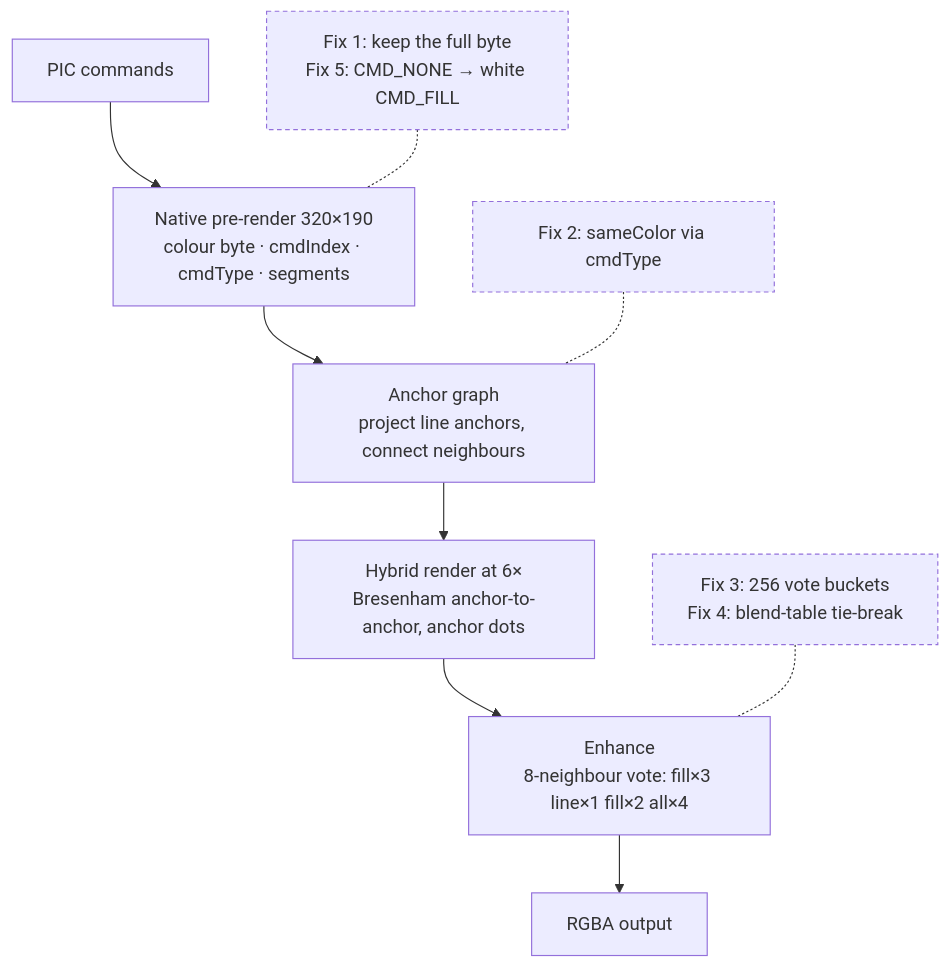
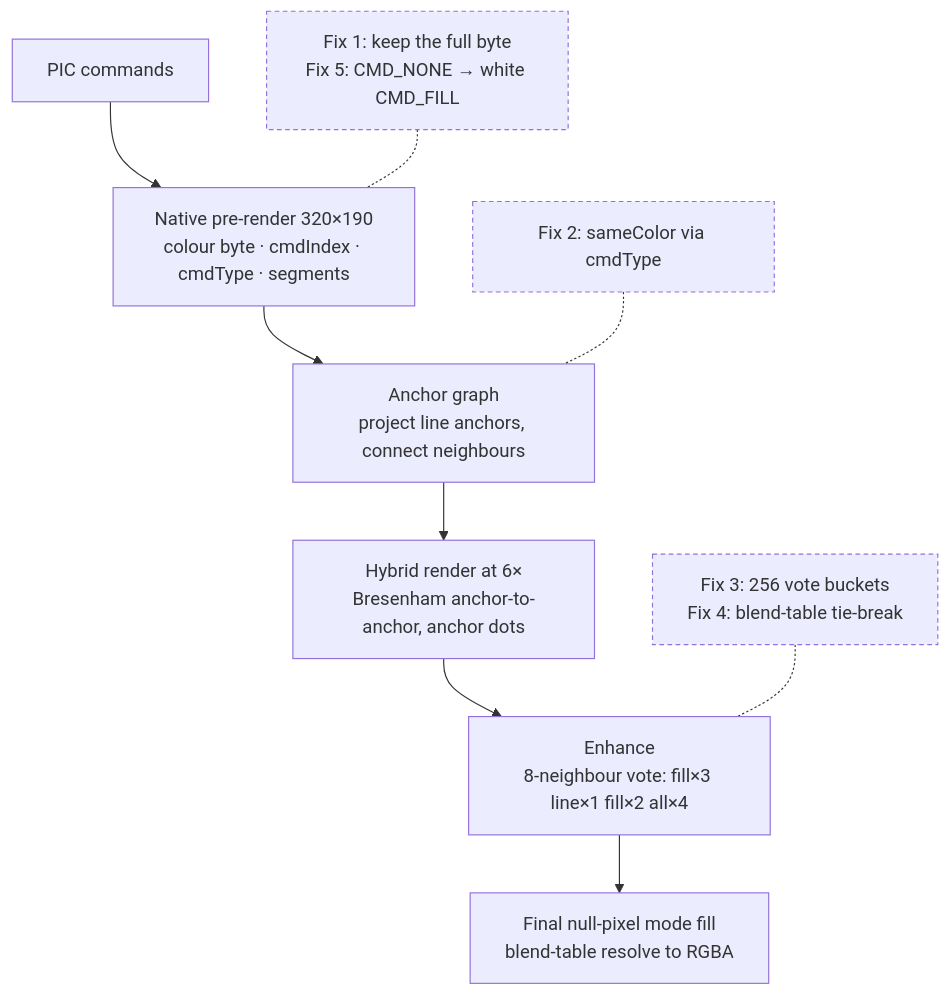
The diagram in src/content/posts/omyac-upscaler-anchor-graph/index.mdx (jonborchardt/blog), drawn with Mermaid before and after one commit. The commit also changed other lines of this file and 4 other files, not shown here.

First line of the commit message:
post: authority retrofit omyac-upscaler-anchor-graph

````diff
--- a/src/content/posts/omyac-upscaler-anchor-graph/index.mdx
+++ b/src/content/posts/omyac-upscaler-anchor-graph/index.mdx
@@ -74,14 +77,14 @@
 ```mermaid
 flowchart TB
   accTitle: The omyac-upscaler pipeline and where the five SCI0 fixes attach
-  accDescr: PIC commands are replayed into a 320 by 190 native pre-render that records colour byte, command index and command type per cell. Fix 1 keeps the full doubled-nibble byte there and fix 5 promotes untouched cells to white fills at its end. The anchor graph projects line anchors and connects them; fix 2 makes its sameColor check use cmdType. The hybrid render draws Bresenham strokes at 6x, then the enhance kernel votes neighbourhoods; fixes 3 and 4 widen its vote buckets to 256 and break ties with the perceptual blend table. The result is RGBA output.
+  accDescr: PIC commands are replayed into a 320 by 190 native pre-render that records colour byte, command index and command type per cell. Fix 1 keeps the full doubled-nibble byte there and fix 5 promotes untouched cells to white fills at its end. The anchor graph projects line anchors and connects them; fix 2 makes its sameColor check use cmdType. The hybrid render draws Bresenham strokes at 6x, then the enhance kernel votes neighbourhoods; fixes 3 and 4 widen its vote buckets to 256 and break ties with the perceptual blend table. After enhance, a final null-pixel mode fill runs and the doubled-nibble output is resolved to RGBA through the blend table.
   P[PIC commands] --> N[Native pre-render 320×190<br/>colour byte · cmdIndex · cmdType · segments]
   N --> A[Anchor graph<br/>project line anchors, connect neighbours]
   A --> H[Hybrid render at 6×<br/>Bresenham anchor-to-anchor, anchor dots]
   H --> E[Enhance<br/>8-neighbour vote: fill×3 line×1 fill×2 all×4]
-  E --> O[RGBA output]
+  E --> O[Final null-pixel mode fill<br/>blend-table resolve to RGBA]
   F1[Fix 1: keep the full byte<br/>Fix 5: CMD_NONE → white CMD_FILL]:::fix -.- N
   F2[Fix 2: sameColor via cmdType]:::fix -.- A
   F3[Fix 3: 256 vote buckets<br/>Fix 4: blend-table tie-break]:::fix -.- E
   classDef fix stroke-dasharray: 4 3
 ```
````
